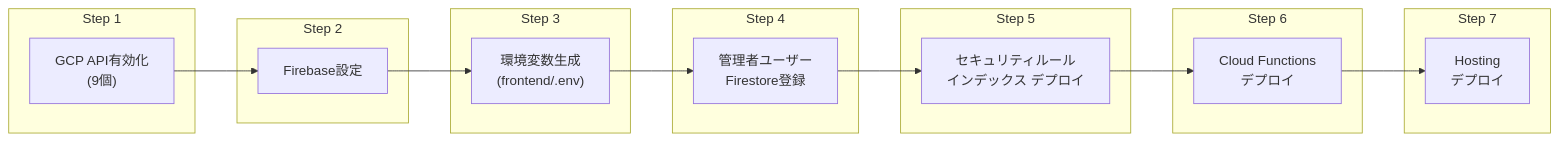
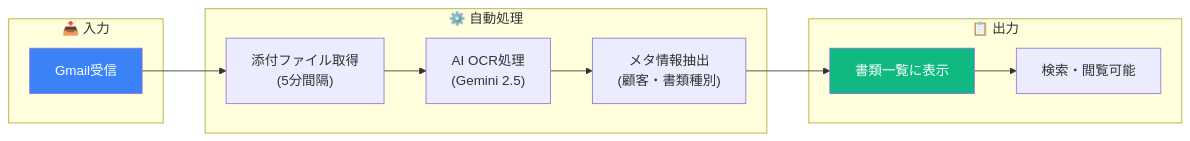
The first of 2 diagrams in docs/deployment-flow.md (yasushi-honda/doc-split), drawn with Mermaid before and after one commit. The commit also changed other lines of this file and 1 other file, not shown here.

````diff
--- a/docs/deployment-flow.md
+++ b/docs/deployment-flow.md
@@ -83,32 +386,22 @@
 ```mermaid
 flowchart LR
-    subgraph Step1["Step 1"]
-        A["GCP API有効化<br/>(9個)"]
+    subgraph Input["📥 入力"]
+        A["Gmail受信"]
     end
 
-    subgraph Step2["Step 2"]
-        B["Firebase設定"]
+    subgraph Process["⚙️ 自動処理"]
+        B["添付ファイル取得<br/>(5分間隔)"]
+        C["AI OCR処理<br/>(Gemini 2.5)"]
+        D["メタ情報抽出<br/>(顧客・書類種別)"]
     end
 
-    subgraph Step3["Step 3"]
-        C["環境変数生成<br/>(frontend/.env)"]
+    subgraph Output["📋 出力"]
+        E["書類一覧に表示"]
+        F["検索・閲覧可能"]
     end
 
-    subgraph Step4["Step 4"]
-        D["管理者ユーザー<br/>Firestore登録"]
-    end
+    A --> B --> C --> D --> E --> F
 
-    subgraph Step5["Step 5"]
-        E["セキュリティルール<br/>インデックス デプロイ"]
-    end
-
-    subgraph Step6["Step 6"]
-        F["Cloud Functions<br/>デプロイ"]
-    end
-
-    subgraph Step7["Step 7"]
-        G["Hosting<br/>デプロイ"]
-    end
-
-    A --> B --> C --> D --> E --> F --> G
+    style A fill:#3b82f6,color:white
+    style E fill:#10b981,color:white
 ```
````
